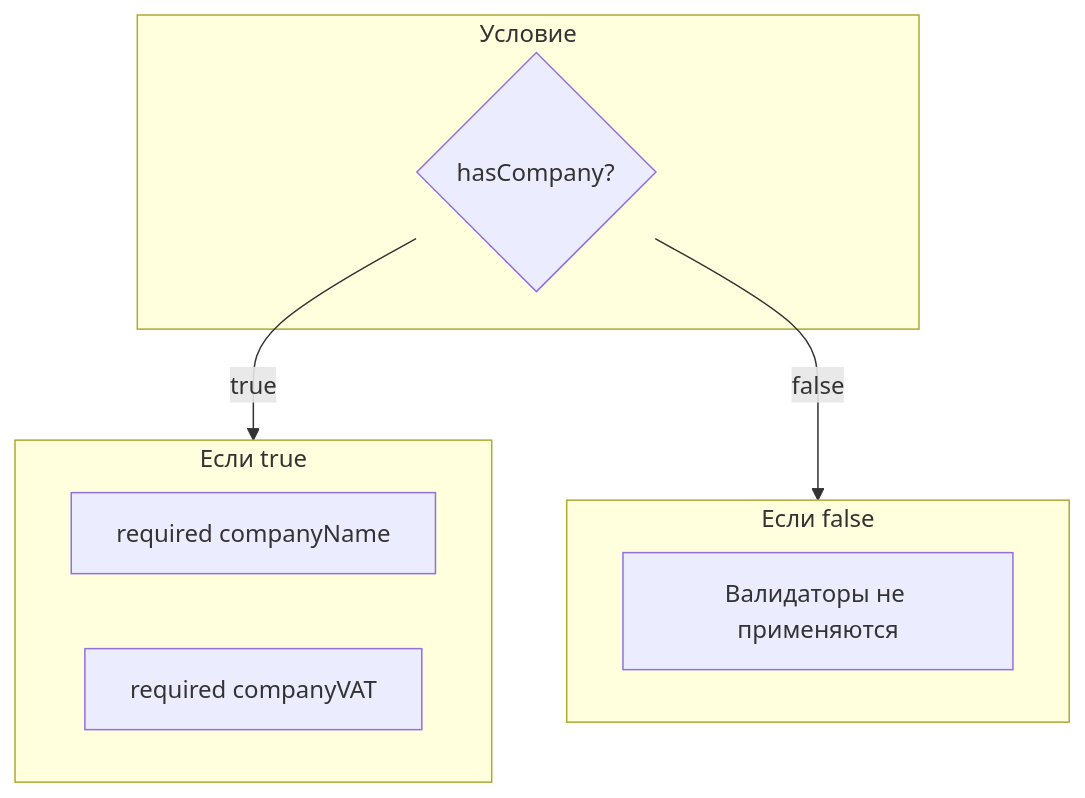
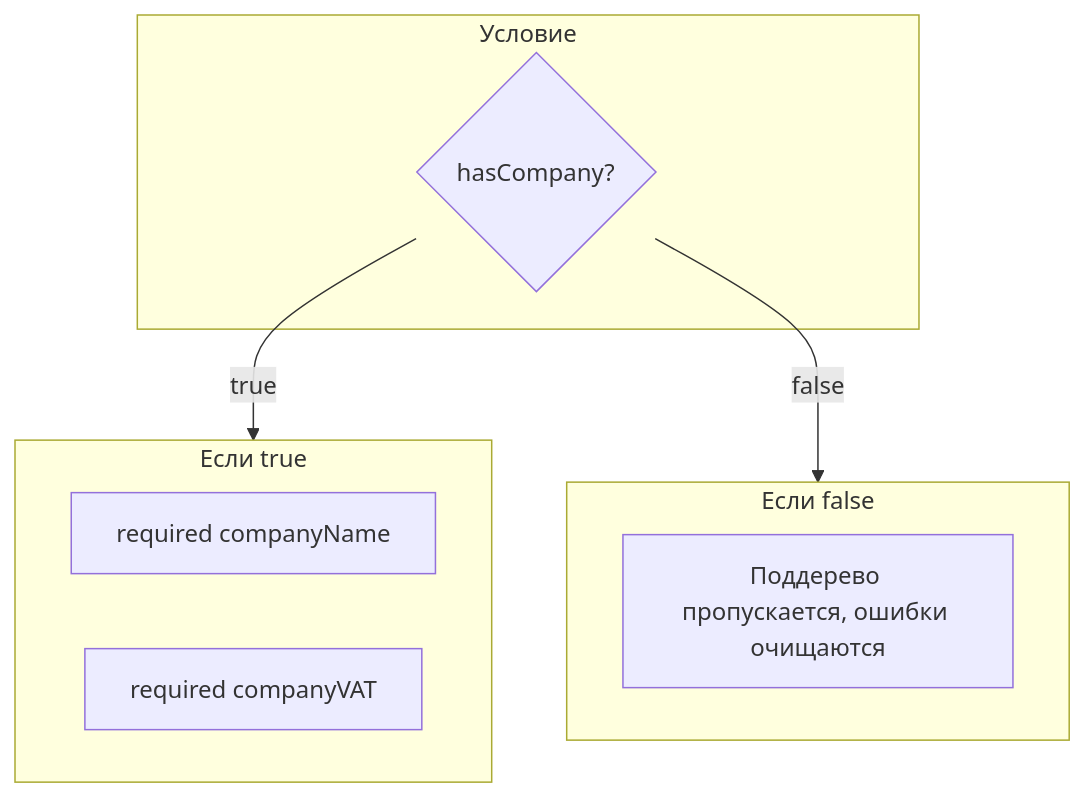
Before and after one commit to AlexandrBukhtatyy/ReFormer: the third of 3 diagrams in docs/validation.md, drawn with Mermaid. The commit also changed other lines of this file and 4 other files, not shown here.

````diff
--- a/docs/validation.md
+++ b/docs/validation.md
@@ -154,18 +179,18 @@
 ```mermaid
 flowchart TB
     subgraph Condition["Условие"]
         HC{hasCompany?}
     end
 
     subgraph Active["Если true"]
         R1[required companyName]
         R2[required companyVAT]
     end
 
     subgraph Inactive["Если false"]
-        Skip[Валидаторы не применяются]
+        Skip[Поддерево пропускается, ошибки очищаются]
     end
 
     HC -->|true| Active
     HC -->|false| Inactive
 ```
````
